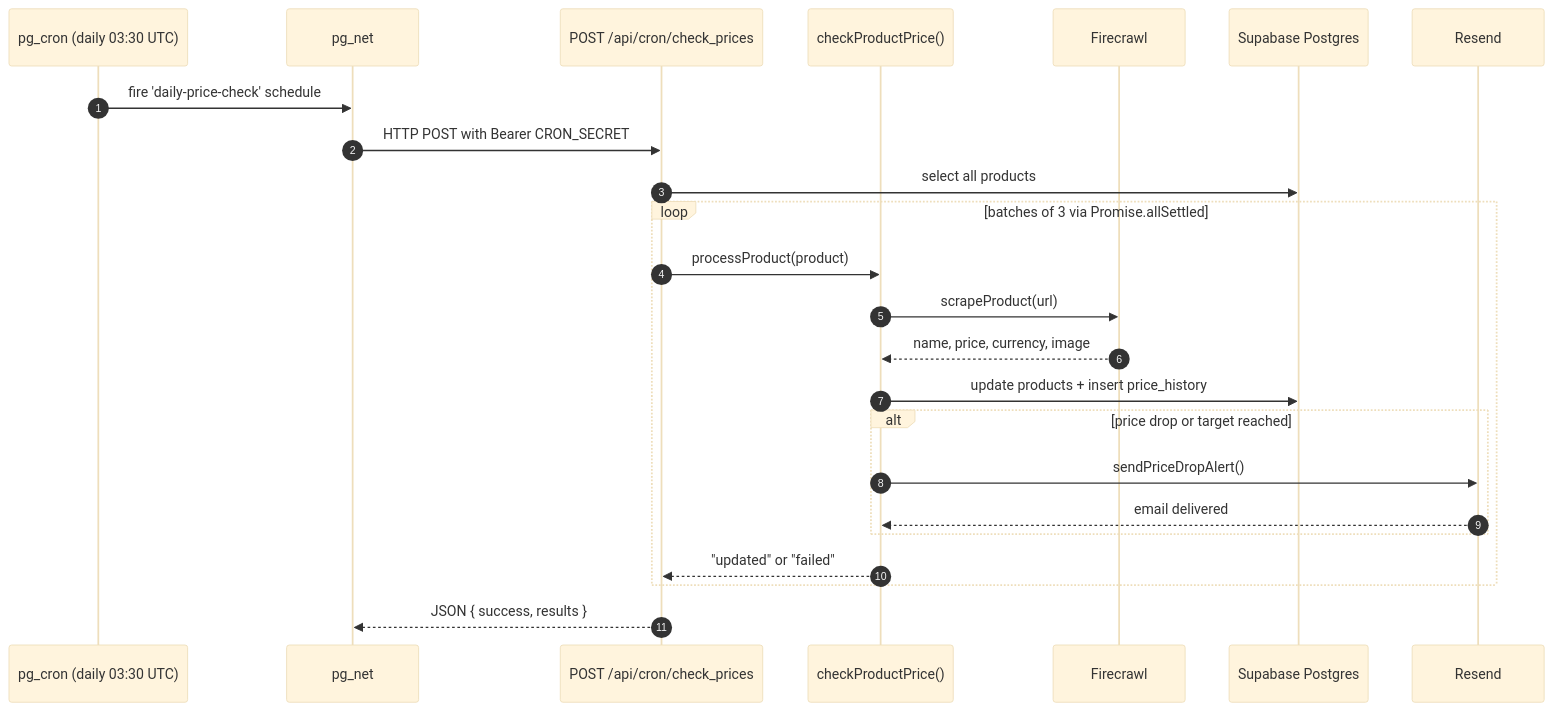
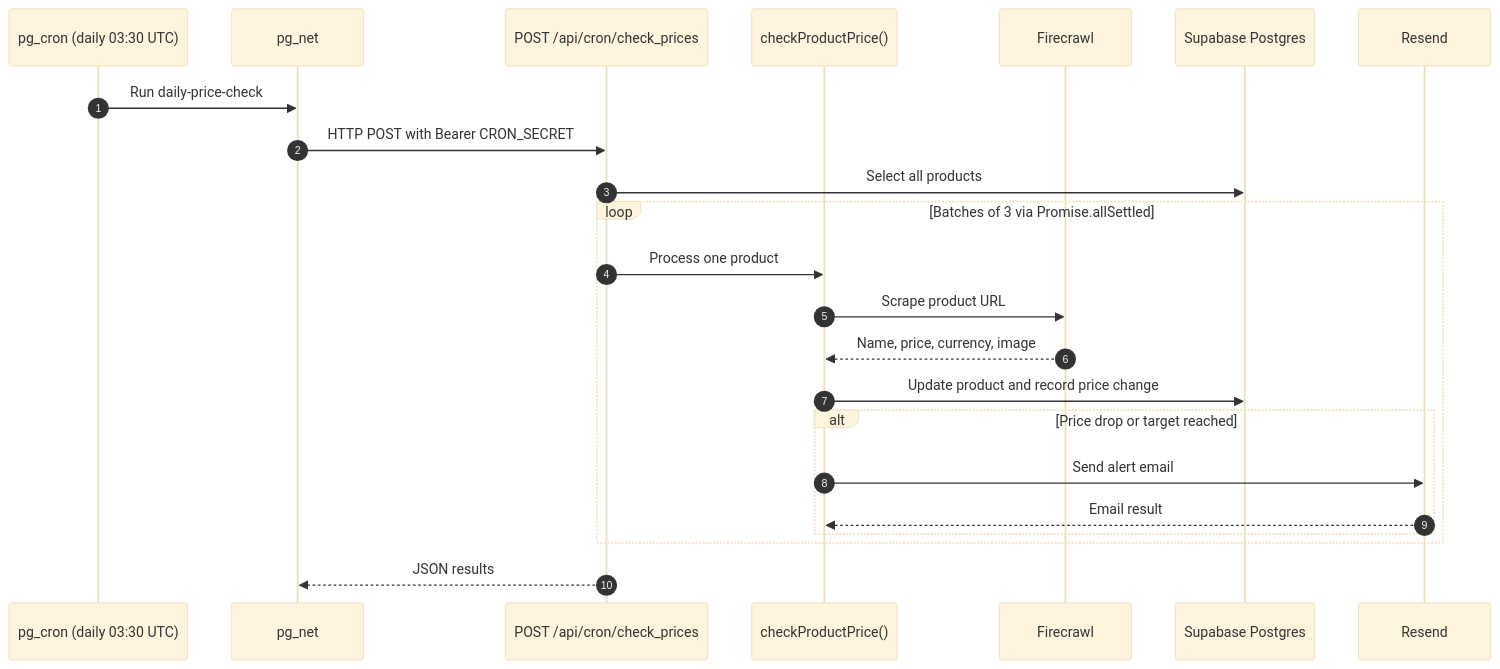
Before and after one commit to vivekcode12345/DealDrop: the first of 2 diagrams in README.md, drawn with Mermaid (base theme). The commit also changed other lines of this file and 1 other file, not shown here.

````diff
--- a/README.md
+++ b/README.md
@@ -68,27 +66,26 @@
 ```mermaid
 sequenceDiagram
     autonumber
     participant cron as pg_cron (daily 03:30 UTC)
     participant net as pg_net
     participant route as POST /api/cron/check_prices
     participant pc as checkProductPrice()
     participant fc as Firecrawl
     participant db as Supabase Postgres
     participant resend as Resend
 
-    cron->>net: fire 'daily-price-check' schedule
+    cron->>net: Run daily-price-check
     net->>route: HTTP POST with Bearer CRON_SECRET
-    route->>db: select all products
-    loop batches of 3 via Promise.allSettled
-        route->>pc: processProduct(product)
-        pc->>fc: scrapeProduct(url)
-        fc-->>pc: name, price, currency, image
-        pc->>db: update products + insert price_history
-        alt price drop or target reached
-            pc->>resend: sendPriceDropAlert()
-            resend-->>pc: email delivered
+    route->>db: Select all products
+    loop Batches of 3 via Promise.allSettled
+        route->>pc: Process one product
+        pc->>fc: Scrape product URL
+        fc-->>pc: Name, price, currency, image
+        pc->>db: Update product and record price change
+        alt Price drop or target reached
+            pc->>resend: Send alert email
+            resend-->>pc: Email result
         end
-        pc-->>route: "updated" or "failed"
     end
-    route-->>net: JSON { success, results }
+    route-->>net: JSON results
 ```
````
